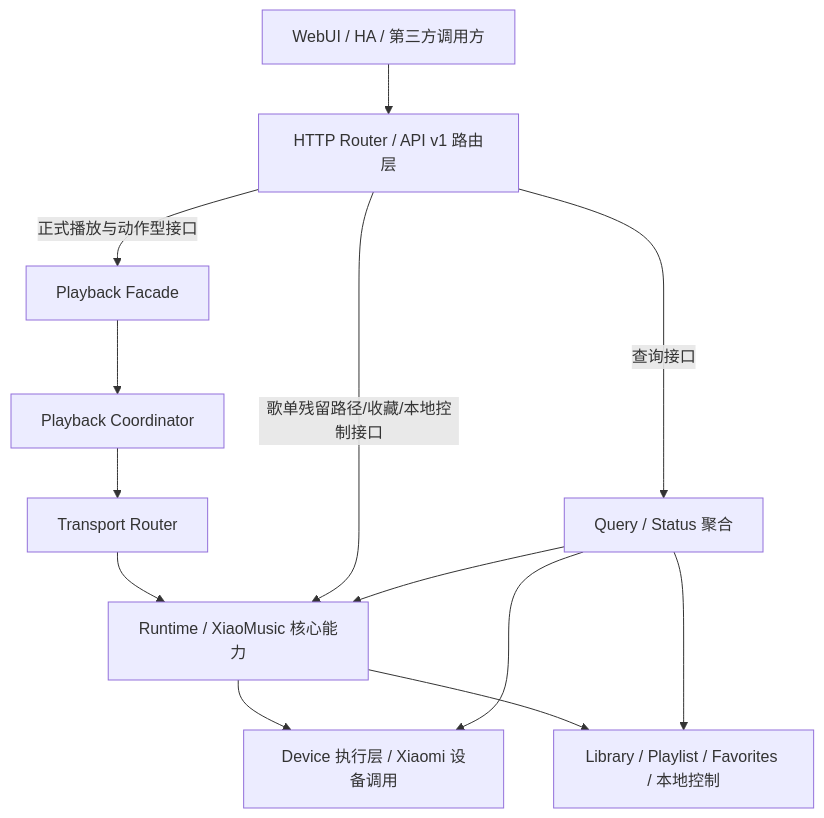
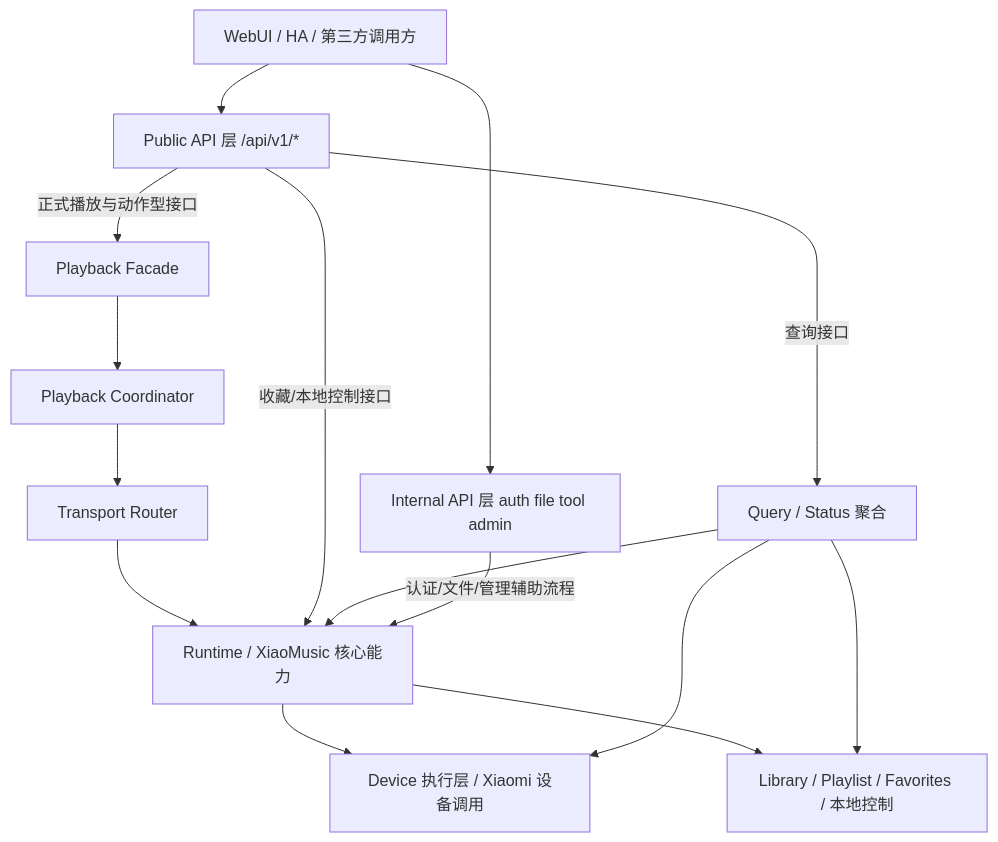
Before and after one commit to Akari787/xiaomusic-core: the first of 2 diagrams in ARCHITECTURE.md, drawn with Mermaid. The commit also changed other lines of this file and 1 other file, not shown here.

Commit message:
docs(api): define public internal and removed boundaries

````diff
--- a/ARCHITECTURE.md
+++ b/ARCHITECTURE.md
@@ -66,30 +127,34 @@
 ```mermaid
 flowchart TD
     U[WebUI / HA / 第三方调用方]
-    R[HTTP Router / API v1 路由层]
+    P[Public API 层 /api/v1/*]
+    I[Internal API 层 auth file tool admin]
 
     F[Playback Facade]
     C[Playback Coordinator]
     T[Transport Router]
 
     X[Runtime / XiaoMusic 核心能力]
     D[Device 执行层 / Xiaomi 设备调用]
     L[Library / Playlist / Favorites / 本地控制]
     Q[Query / Status 聚合]
 
-    U --> R
+    U --> P
+    U --> I
 
-    R -->|正式播放与动作型接口| F
+    P -->|正式播放与动作型接口| F
     F --> C
     C --> T
     T --> X
     X --> D
 
-    R -->|歌单残留路径/收藏/本地控制接口| X
+    P -->|收藏/本地控制接口| X
     X --> L
 
-    R -->|查询接口| Q
+    P -->|查询接口| Q
     Q --> X
     Q --> D
     Q --> L
+
+    I -->|认证/文件/管理辅助流程| X
 ```
````
